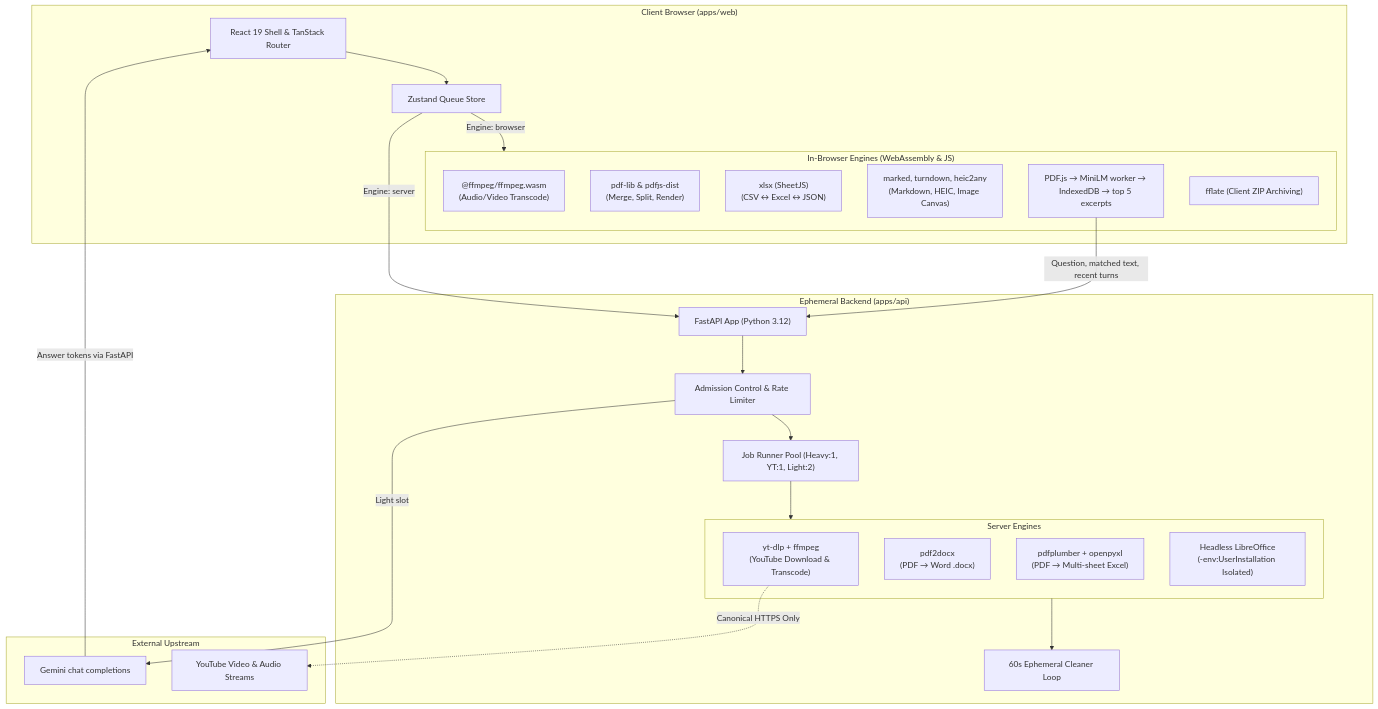
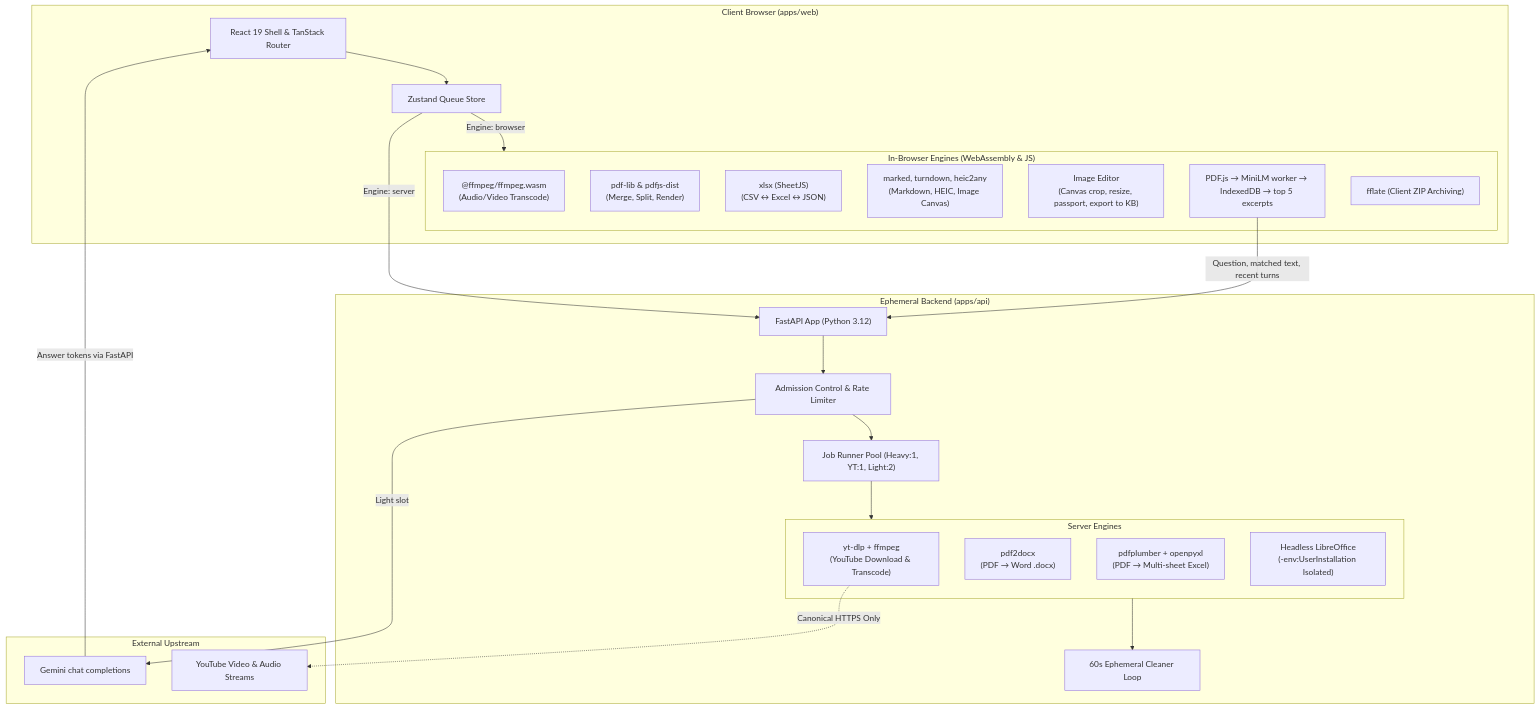
Before and after one commit to Joel-Joseph-George/convert-it: the diagram in README.md, drawn with Mermaid. The commit also changed other lines of this file and 5 other files, not shown here.

First line of the commit message:
docs: document the image editor, Chat with PDF and the testing round

````diff
--- a/README.md
+++ b/README.md
@@ -40,47 +86,48 @@
 ```mermaid
 flowchart TD
     subgraph Client ["Client Browser (apps/web)"]
         UI["React 19 Shell & TanStack Router"]
         QueueStore["Zustand Queue Store"]
         
         subgraph BrowserEngines ["In-Browser Engines (WebAssembly & JS)"]
             WASM["@ffmpeg/ffmpeg.wasm\n(Audio/Video Transcode)"]
             PDFJS["pdf-lib & pdfjs-dist\n(Merge, Split, Render)"]
             SheetJS["xlsx (SheetJS)\n(CSV ↔ Excel ↔ JSON)"]
             TextImg["marked, turndown, heic2any\n(Markdown, HEIC, Image Canvas)"]
+            Editor["Image Editor\n(Canvas crop, resize, passport, export to KB)"]
             PDFChat["PDF.js → MiniLM worker → IndexedDB → top 5 excerpts"]
             Zip["fflate (Client ZIP Archiving)"]
         end
     end
 
     subgraph Backend ["Ephemeral Backend (apps/api)"]
         FastAPI["FastAPI App (Python 3.12)"]
         Admission["Admission Control & Rate Limiter"]
         WorkerPool["Job Runner Pool (Heavy:1, YT:1, Light:2)"]
         DiskCleaner["60s Ephemeral Cleaner Loop"]
         
         subgraph ServerEngines ["Server Engines"]
             YTDLP["yt-dlp + ffmpeg\n(YouTube Download & Transcode)"]
             PDF2DOCX["pdf2docx\n(PDF → Word .docx)"]
             PDFPlumber["pdfplumber + openpyxl\n(PDF → Multi-sheet Excel)"]
             LibreOffice["Headless LibreOffice\n(-env:UserInstallation Isolated)"]
         end
     end
 
     subgraph External ["External Upstream"]
         Gemini["Gemini chat completions"]
         YouTube["YouTube Video & Audio Streams"]
     end
 
     UI --> QueueStore
     QueueStore -- "Engine: browser" --> BrowserEngines
     QueueStore -- "Engine: server" --> FastAPI
     
     FastAPI --> Admission --> WorkerPool
     WorkerPool --> ServerEngines
     YTDLP -. "Canonical HTTPS Only" .-> YouTube
     PDFChat -- "Question, matched text, recent turns" --> FastAPI
     Admission -- "Light slot" --> Gemini
     Gemini -- "Answer tokens via FastAPI" --> UI
     ServerEngines --> DiskCleaner
 ```
````
